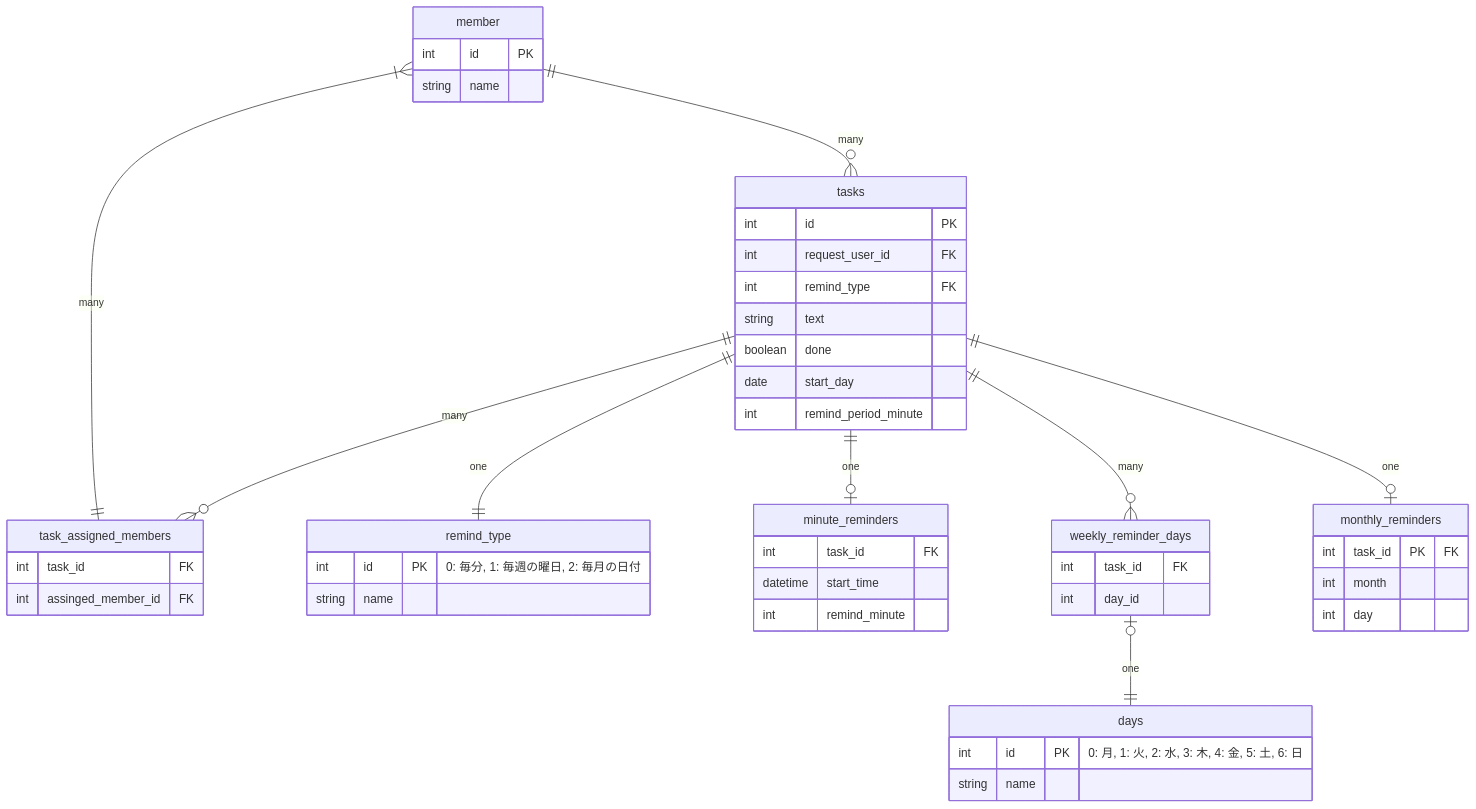
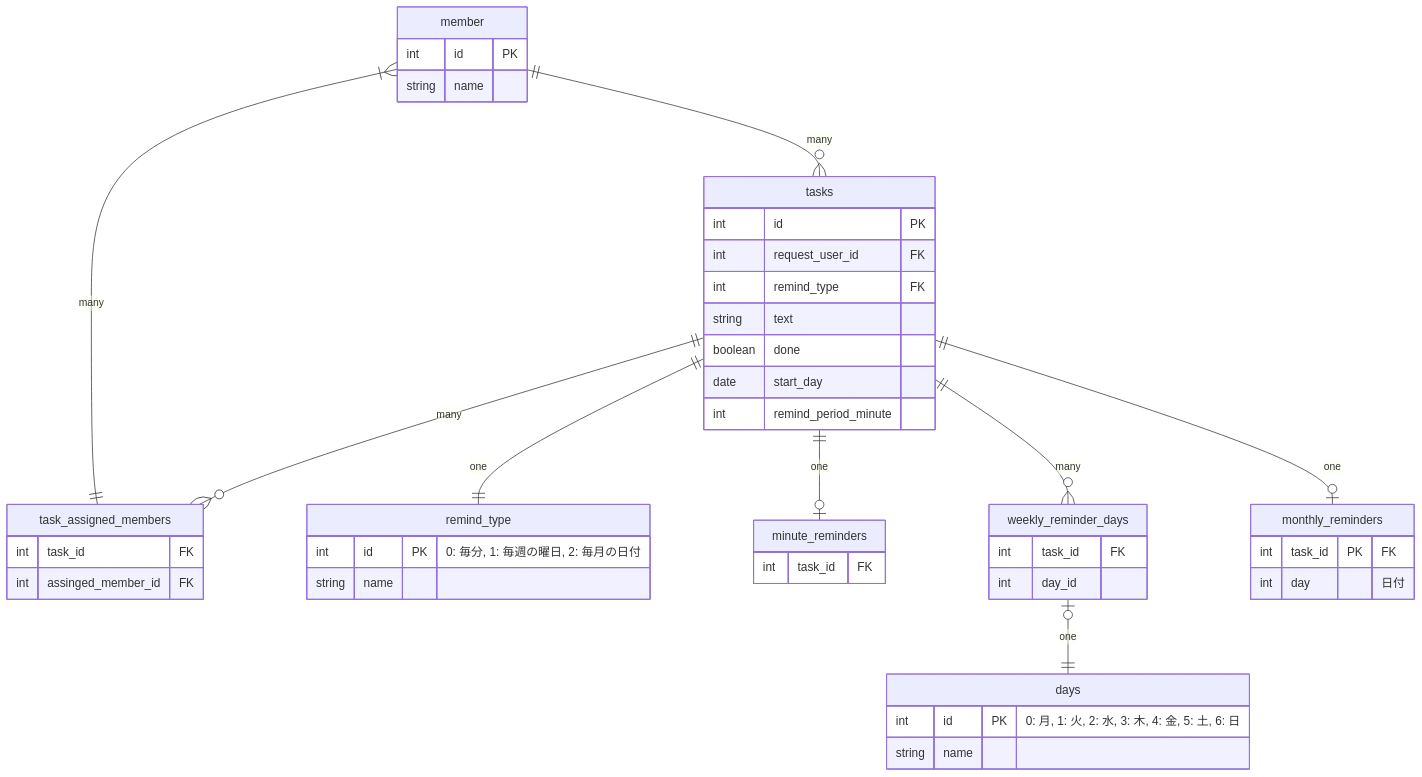
One commit to HitoroOhria/praha-challenge changed the diagram in db/db-modeling-4/README.md. Above: the diagram before and after it, drawn with Mermaid. The commit also changed other lines of this file, not shown here.

````diff
--- a/db/db-modeling-4/README.md
+++ b/db/db-modeling-4/README.md
@@ -12,58 +13,55 @@
 ```mermaid
 erDiagram
 
 member ||--o{ tasks : "many"
 member }|--|| task_assigned_members : "many"
 member {
   int id PK
   string name
 }
 
 tasks ||--o{ task_assigned_members : "many"
 tasks ||--|| remind_type : "one"
 tasks ||--o| minute_reminders : "one"
 tasks ||--o{ weekly_reminder_days : "many"
 tasks ||--o| monthly_reminders : "one"
 tasks {
   int id PK
   int request_user_id FK
   int remind_type FK
   string text
   boolean done
   date start_day
   int remind_period_minute
 }
 
 task_assigned_members {
   int task_id FK
   int assinged_member_id FK 
 }
 
 remind_type {
   int id PK "0: 毎分, 1: 毎週の曜日, 2: 毎月の日付"
   string name
 }
 
 minute_reminders {
   int task_id FK
-  datetime start_time
-  int remind_minute
 }
 
 weekly_reminder_days |o--|| days : "one"
 weekly_reminder_days {
   int task_id FK
   int day_id 
 }
 
 monthly_reminders {
   int task_id PK "FK"
-  int month 
-  int day
+  int day "日付"
 }
 
 days {
   int id PK "0: 月, 1: 火, 2: 水, 3: 木, 4: 金, 5: 土, 6: 日"
   string name
 }
 ```
````
